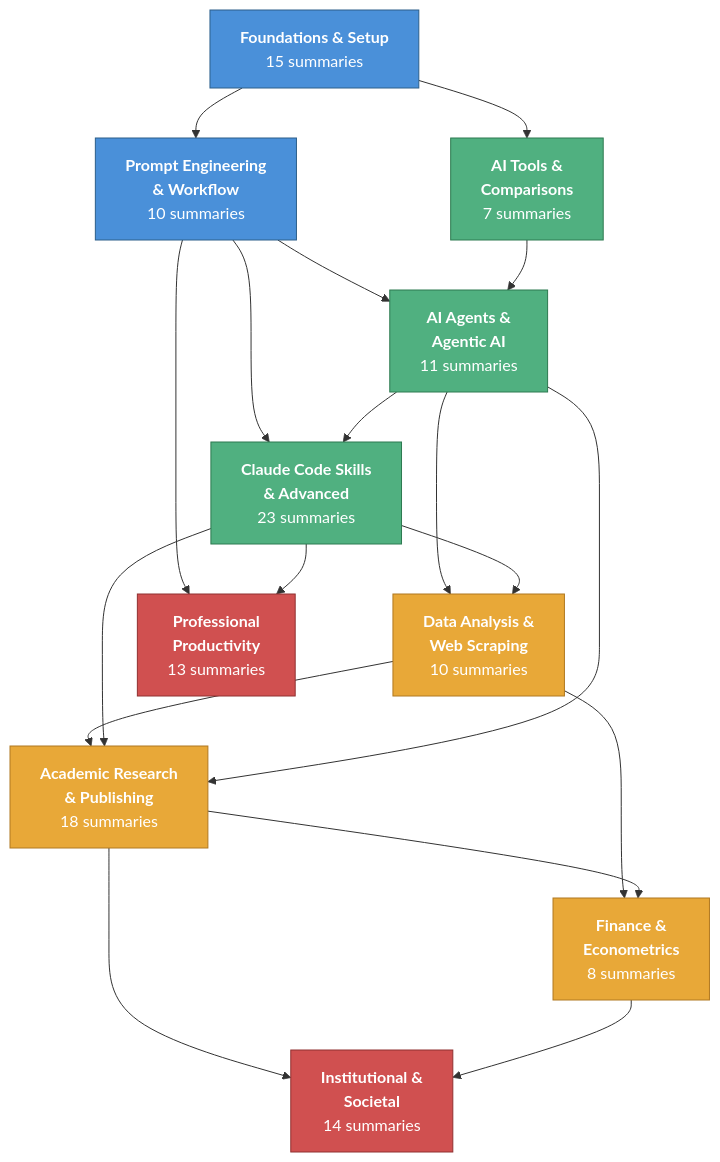
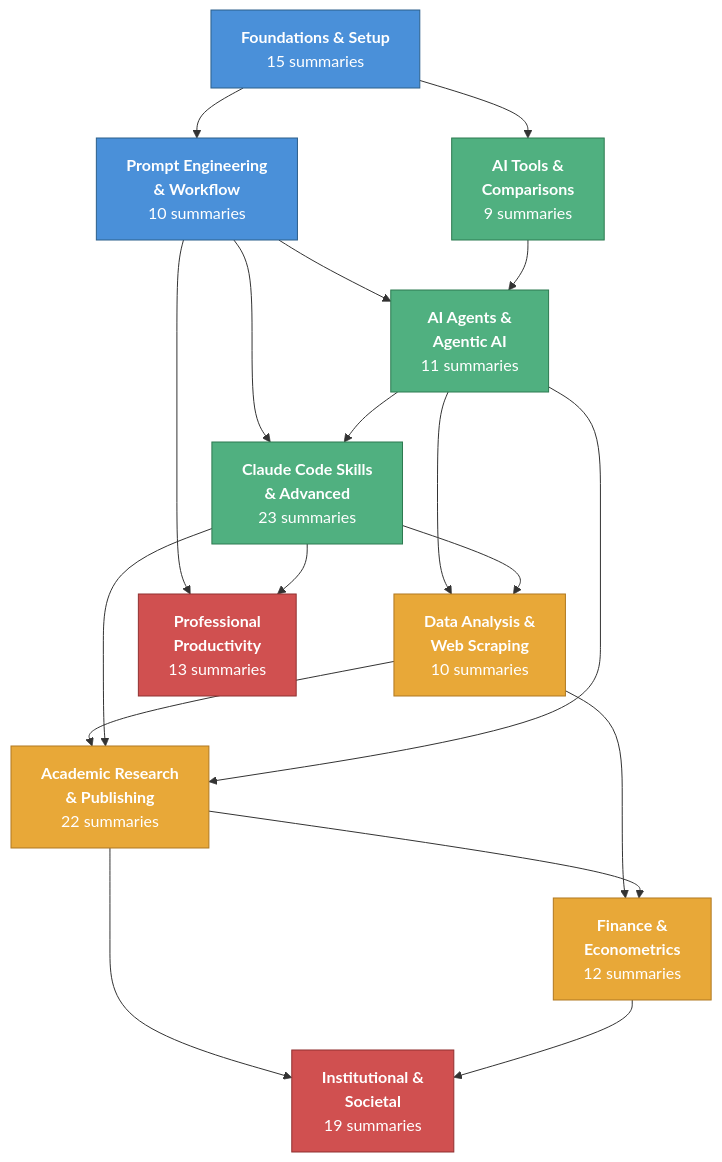
Before and after one commit to velikov-mihail/ai-econ-wiki: the diagram in wiki/visualizations/category-map.md, drawn with Mermaid. The commit also changed other lines of this file and 2 other files, not shown here.

Commit message:
Maintain: refresh derived pages — counts, category map, source timeline
After ingest of 15 new sources (5 institutional/societal, 5 finance/econ,
3 academic-research, 2 ai-tools).

````diff
--- a/wiki/visualizations/category-map.md
+++ b/wiki/visualizations/category-map.md
@@ -11,49 +11,49 @@
 ```mermaid
 graph TD
     FS["<b>Foundations & Setup</b><br/>15 summaries"]
     PE["<b>Prompt Engineering<br/>& Workflow</b><br/>10 summaries"]
     AG["<b>AI Agents &<br/>Agentic AI</b><br/>11 summaries"]
     CS["<b>Claude Code Skills<br/>& Advanced</b><br/>23 summaries"]
     DA["<b>Data Analysis &<br/>Web Scraping</b><br/>10 summaries"]
-    AR["<b>Academic Research<br/>& Publishing</b><br/>18 summaries"]
-    FE["<b>Finance &<br/>Econometrics</b><br/>8 summaries"]
-    AT["<b>AI Tools &<br/>Comparisons</b><br/>7 summaries"]
-    IS["<b>Institutional &<br/>Societal</b><br/>14 summaries"]
+    AR["<b>Academic Research<br/>& Publishing</b><br/>22 summaries"]
+    FE["<b>Finance &<br/>Econometrics</b><br/>12 summaries"]
+    AT["<b>AI Tools &<br/>Comparisons</b><br/>9 summaries"]
+    IS["<b>Institutional &<br/>Societal</b><br/>19 summaries"]
     PP["<b>Professional<br/>Productivity</b><br/>13 summaries"]
 
     %% Foundational layer
     FS --> PE
     FS --> AT
     PE --> AG
     PE --> CS
 
     %% Technical layer
     AG --> CS
     AG --> DA
     CS --> DA
     AT --> AG
 
     %% Applied layer
     DA --> AR
     DA --> FE
     AR --> FE
     CS --> AR
     AG --> AR
 
     %% Productivity & big picture
     PE --> PP
     CS --> PP
     AR --> IS
     FE --> IS
 
     %% Styling
     classDef foundation fill:#4a90d9,stroke:#2c5f8a,color:#fff
     classDef technical fill:#50b080,stroke:#2d7a50,color:#fff
     classDef applied fill:#e8a838,stroke:#b07820,color:#fff
     classDef bigpicture fill:#d05050,stroke:#903030,color:#fff
 
     class FS,PE foundation
     class AG,CS,AT technical
     class DA,AR,FE applied
     class IS,PP bigpicture
 ```
````
